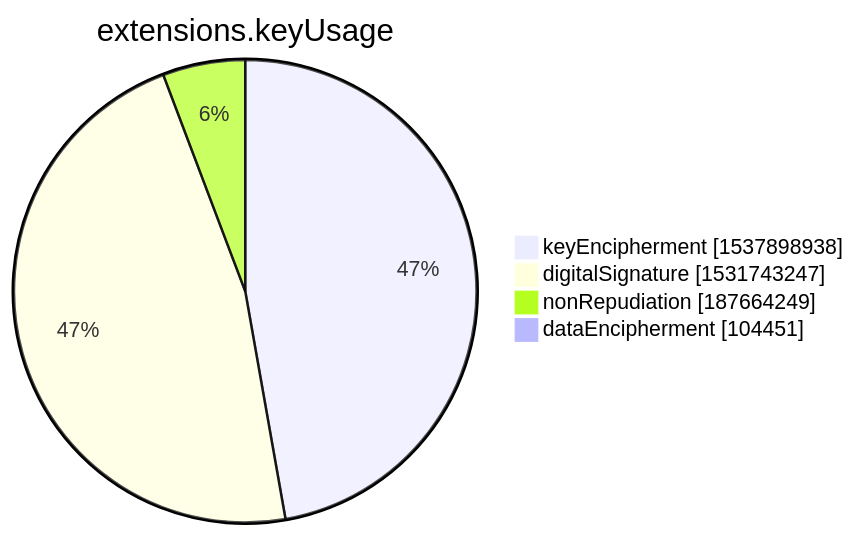
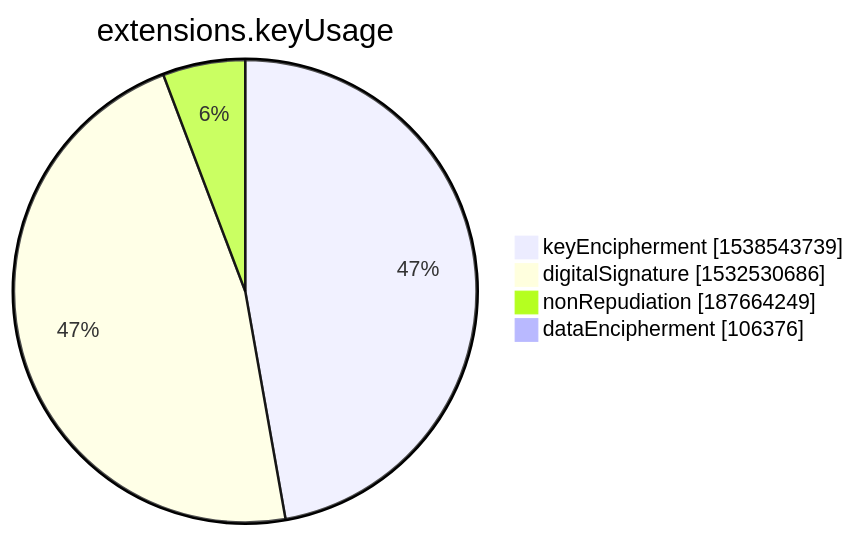
One commit to christiankrug/ctmonitor_visualization changed the seventh of 15 diagrams in xenon2022/README.md. Above: the diagram before and after it, drawn with Mermaid. The commit also changed other lines of this file, not shown here.

````diff
--- a/xenon2022/README.md
+++ b/xenon2022/README.md
@@ -2849,8 +2849,8 @@
 ```mermaid
 pie showData
 title extensions.keyUsage
-"keyEncipherment" :1537898938
-"digitalSignature" :1531743247
+"keyEncipherment" :1538543739
+"digitalSignature" :1532530686
 "nonRepudiation" :187664249
-"dataEncipherment" :104451
+"dataEncipherment" :106376
 ```
````
